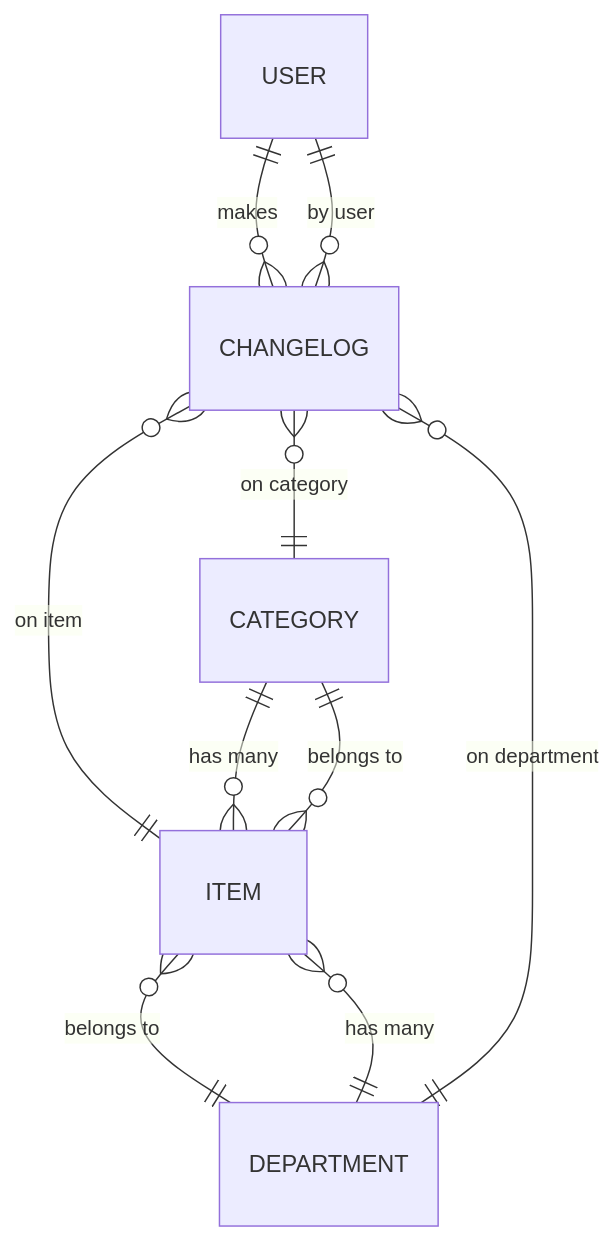
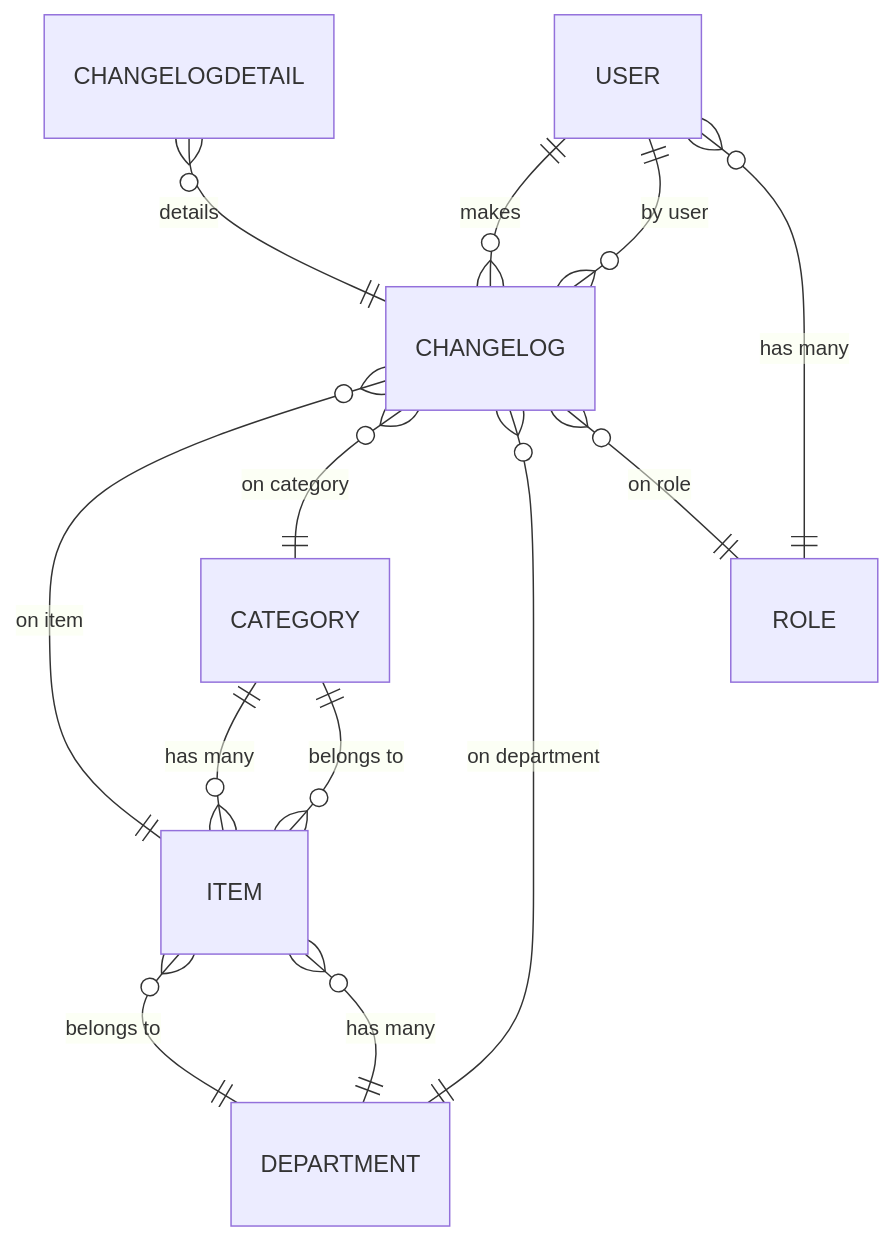
Before and after one commit to GGabrielDev/inventory-manager: the diagram in backend/README.md, drawn with Mermaid. The commit also changed other lines of this file, not shown here.

````diff
--- a/backend/README.md
+++ b/backend/README.md
@@ -59,12 +85,15 @@
 ```mermaid
 erDiagram
   CATEGORY ||--o{ ITEM : "has many"
   DEPARTMENT ||--o{ ITEM : "has many"
   ITEM }o--|| CATEGORY : "belongs to"
   ITEM }o--|| DEPARTMENT : "belongs to"
   USER ||--o{ CHANGELOG : "makes"
   CHANGELOG }o--|| USER : "by user"
   CHANGELOG }o--|| ITEM : "on item"
   CHANGELOG }o--|| CATEGORY : "on category"
   CHANGELOG }o--|| DEPARTMENT : "on department"
+  CHANGELOG }o--|| ROLE : "on role"
+  ROLE ||--o{ USER : "has many"
+  CHANGELOGDETAIL }o--|| CHANGELOG : "details"
 ```
````
